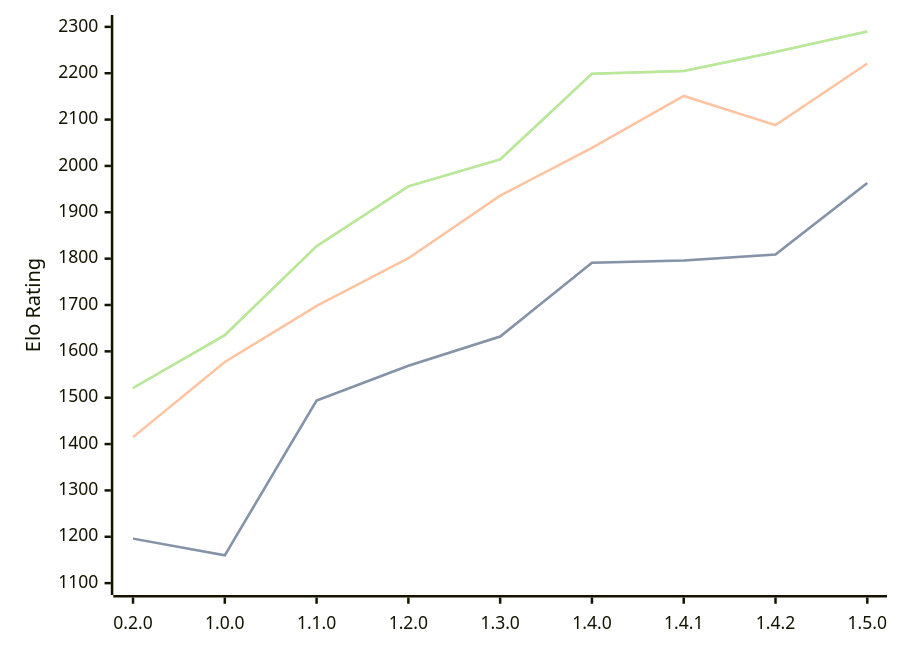
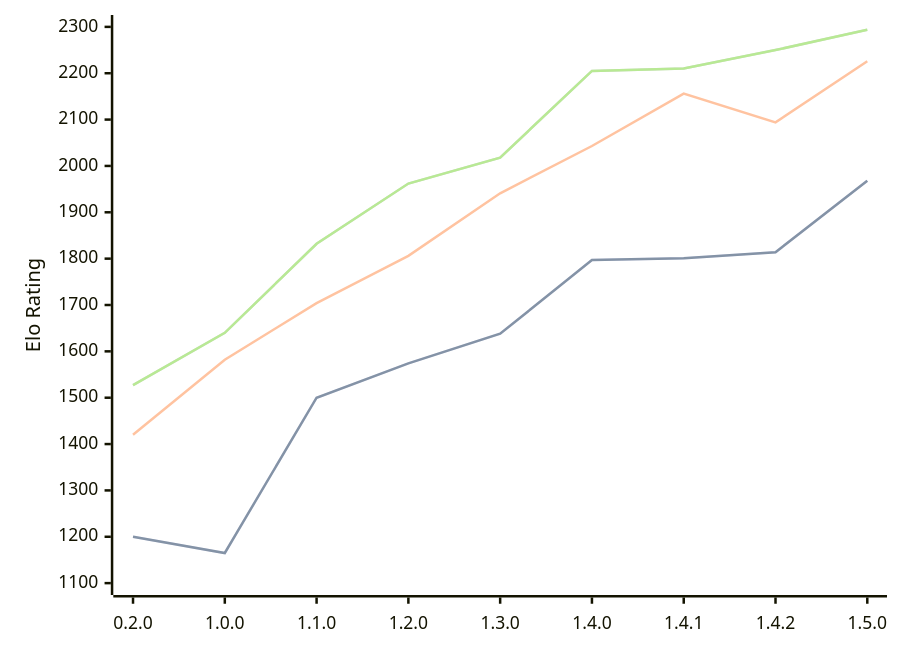
Before and after one commit to computer-chess-index/cci: the diagram in engines/Zeppelin.md, drawn with Mermaid. The commit also changed other lines of this file, not shown here.

Commit message:
Update CCI Ratings (ELO VLTC) - 2026-04-14

````diff
--- a/engines/Zeppelin.md
+++ b/engines/Zeppelin.md
@@ -41,11 +41,11 @@
 ```mermaid
 %%{init: {"theme":"base","themeVariables":{"seriesColors:['#a3a3a3','#222221','#faa371']}}}%%
 xychart-beta
   x-axis ["0.2.0", "1.0.0", "1.1.0", "1.2.0", "1.3.0", "1.4.0", "1.4.1", "1.4.2", "1.5.0"]
   y-axis "Elo Rating" 1100 --> 2300
-  line "STC (8.0+0.08s)" [1196, 1160, 1494, 1569, 1632, 1791, 1796, 1809, 1963]
-  line "STC (8.0+0.08s)" [1196, 1160, 1494, 1569, 1632, 1791, 1796, 1809, 1963]
-  line "LTC (60.0+0.60s)" [1415, 1577, 1698, 1801, 1936, 2039, 2151, 2088, 2221]
-  line "VLTC (2m24s+1.12s)" [1521, 1635, 1827, 1956, 2014, 2199, 2205, 2246, 2290]
-  line "VLTC (2m24s+1.12s)" [1521, 1635, 1827, 1956, 2014, 2199, 2205, 2246, 2290]
+  line "STC (8.0+0.08s)" [1200, 1165, 1500, 1574, 1638, 1797, 1801, 1814, 1968]
+  line "STC (8.0+0.08s)" [1200, 1165, 1500, 1574, 1638, 1797, 1801, 1814, 1968]
+  line "LTC (60.0+0.60s)" [1420, 1582, 1704, 1806, 1941, 2043, 2156, 2094, 2226]
+  line "VLTC (2m24s+1.12s)" [1527, 1640, 1832, 1962, 2018, 2205, 2210, 2250, 2294]
+  line "VLTC (2m24s+1.12s)" [1527, 1640, 1832, 1962, 2018, 2205, 2210, 2250, 2294]
 ```
````
